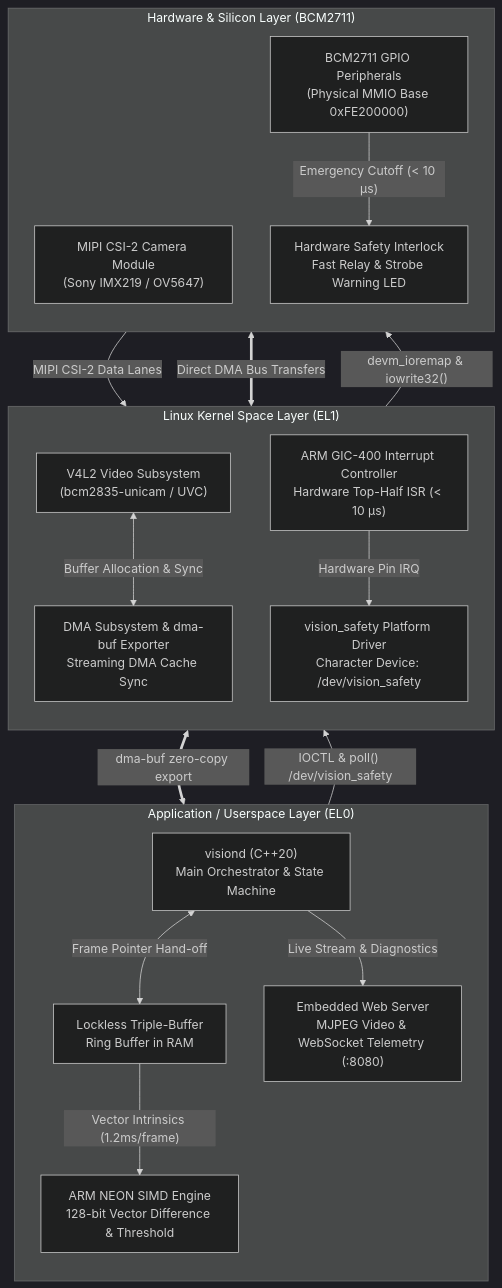
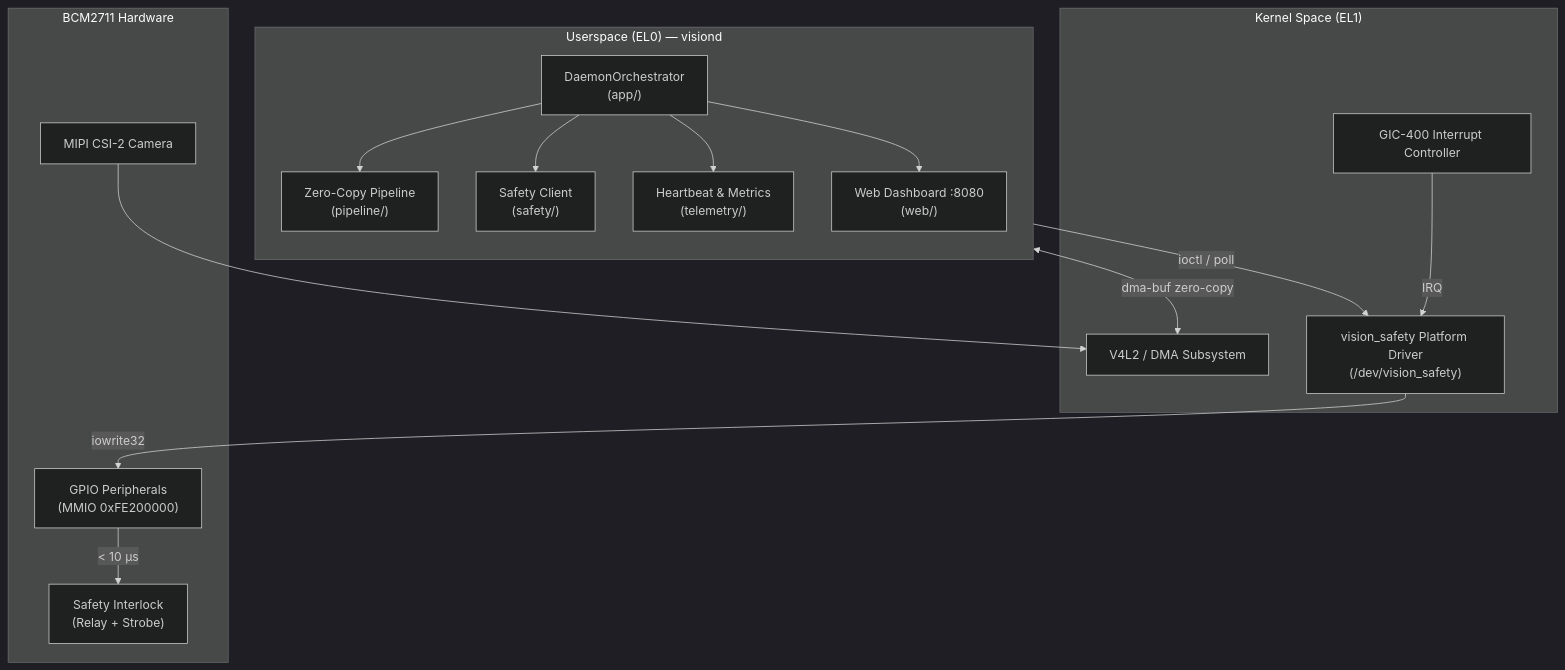
Before and after one commit to solitontech/arm-embedded-linux-lab: the first of 3 diagrams in projects/vision-edge/phases/README.md, drawn with Mermaid (dark theme). The commit also changed other lines of this file and 5 other files, not shown here.

First line of the commit message:
docs(vision-edge): rewrite all phase guides for new architecture

````diff
--- a/projects/vision-edge/phases/README.md
+++ b/projects/vision-edge/phases/README.md
@@ -31,41 +27,35 @@
 ```mermaid
 graph TB
-    subgraph Userspace ["Application / Userspace Layer (EL0)"]
+    subgraph Userspace ["Userspace (EL0) — visiond"]
         direction TB
-        VD["visiond (C++20)<br/>Main Orchestrator & State Machine"]
-        RING["Lockless Triple-Buffer<br/>Ring Buffer in RAM"]
-        SIMD["ARM NEON SIMD Engine<br/>128-bit Vector Difference & Threshold"]
-        WEB["Embedded Web Server<br/>MJPEG Video & WebSocket Telemetry (:8080)"]
-        
-        VD <-->|"Frame Pointer Hand-off"| RING
-        RING -->|"Vector Intrinsics (1.2ms/frame)"| SIMD
-        VD -->|"Live Stream & Diagnostics"| WEB
+        ORCH["DaemonOrchestrator\n(app/)"]
+        PIPE["Zero-Copy Pipeline\n(pipeline/)"]
+        SAFETY_U["Safety Client\n(safety/)"]
+        TELEM["Heartbeat & Metrics\n(telemetry/)"]
+        WEB["Web Dashboard :8080\n(web/)"]
+
+        ORCH --> PIPE
+        ORCH --> SAFETY_U
+        ORCH --> TELEM
+        ORCH --> WEB
     end
 
-    subgraph KernelSpace ["Linux Kernel Space Layer (EL1)"]
-        direction TB
-        V4L2["V4L2 Video Subsystem<br/>(bcm2835-unicam / UVC)"]
-        DMAC["DMA Subsystem & dma-buf Exporter<br/>Streaming DMA Cache Sync"]
-        SAFETY["vision_safety Platform Driver<br/>Character Device: /dev/vision_safety"]
-        GIC["ARM GIC-400 Interrupt Controller<br/>Hardware Top-Half ISR (< 10 µs)"]
+    subgraph Kernel ["Kernel Space (EL1)"]
+        V4L2["V4L2 / DMA Subsystem"]
+        DRIVER["vision_safety Platform Driver\n(/dev/vision_safety)"]
+        GIC["GIC-400 Interrupt Controller"]
     end
 
-    subgraph HardwareLayer ["Hardware & Silicon Layer (BCM2711)"]
-        direction TB
-        CAM["MIPI CSI-2 Camera Module<br/>(Sony IMX219 / OV5647)"]
-        GPIO["BCM2711 GPIO Peripherals<br/>(Physical MMIO Base 0xFE200000)"]
-        INTERLOCK["Hardware Safety Interlock<br/>Fast Relay & Strobe Warning LED"]
+    subgraph Hardware ["BCM2711 Hardware"]
+        CAM["MIPI CSI-2 Camera"]
+        GPIO["GPIO Peripherals\n(MMIO 0xFE200000)"]
+        RELAY["Safety Interlock\n(Relay + Strobe)"]
     end
 
-    %% Userspace - Kernel Boundaries
-    V4L2 <==>|"dma-buf zero-copy export"| RING
-    VD -->|"IOCTL & poll() /dev/vision_safety"| SAFETY
-    V4L2 <-->|"Buffer Allocation & Sync"| DMAC
-
-    %% Kernel - Hardware Boundaries
-    CAM -->|"MIPI CSI-2 Data Lanes"| V4L2
-    DMAC <==>|"Direct DMA Bus Transfers"| CAM
-    SAFETY -->|"devm_ioremap & iowrite32()"| GPIO
-    GIC -->|"Hardware Pin IRQ"| SAFETY
-    GPIO -->|"Emergency Cutoff (< 10 µs)"| INTERLOCK
+    PIPE <-->|"dma-buf zero-copy"| V4L2
+    SAFETY_U -->|"ioctl / poll"| DRIVER
+    CAM --> V4L2
+    DRIVER -->|"iowrite32"| GPIO
+    GIC -->|"IRQ"| DRIVER
+    GPIO -->|"< 10 µs"| RELAY
 ```
````
